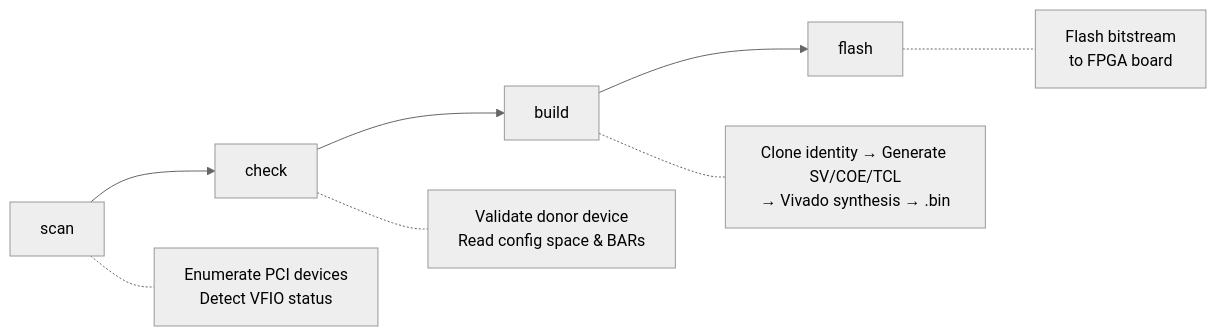
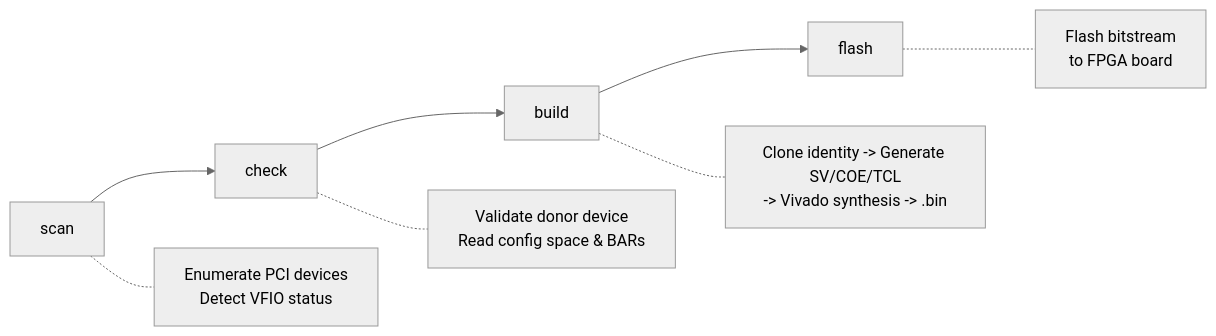
Before and after one commit to sercanarga/PCILeechGen: the diagram in README.md, drawn with Mermaid (neutral theme). The commit also changed other lines of this file and 56 other files, not shown here.

````diff
--- a/README.md
+++ b/README.md
@@ -118,11 +118,11 @@
 ```mermaid
 flowchart LR
     A["scan"] --> B["check"]
     B --> C["build"]
     C --> D["flash"]
 
     A -.- A1["Enumerate PCI devices<br>Detect VFIO status"]
     B -.- B1["Validate donor device<br>Read config space & BARs"]
-    C -.- C1["Clone identity → Generate SV/COE/TCL<br>→ Vivado synthesis → .bin"]
+    C -.- C1["Clone identity -> Generate SV/COE/TCL<br>-> Vivado synthesis -> .bin"]
     D -.- D1["Flash bitstream<br>to FPGA board"]
 ```
````
